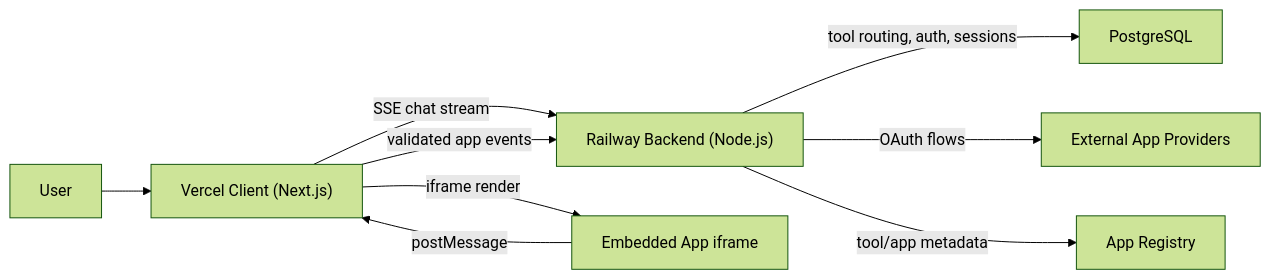
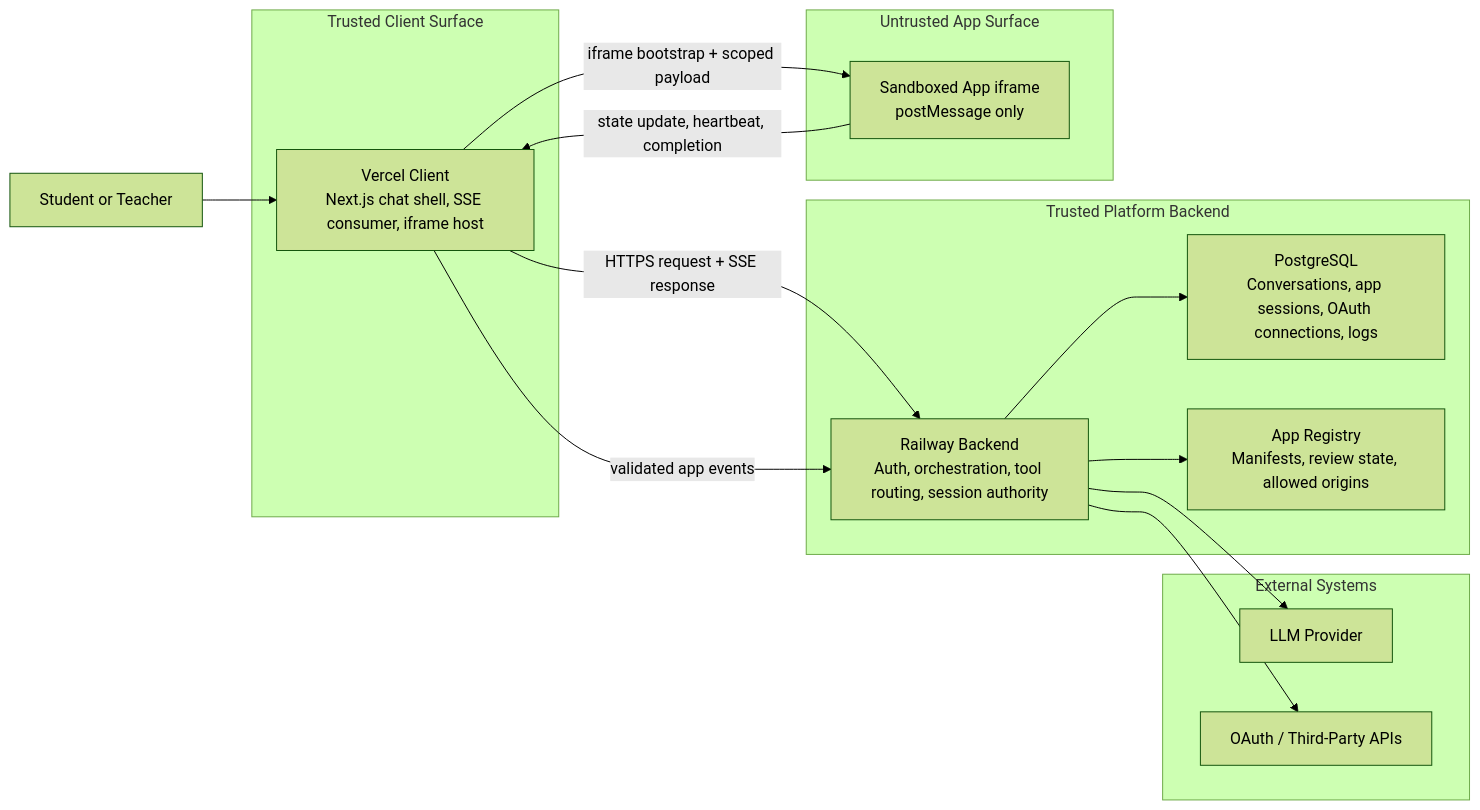
The first of 3 diagrams in docs/architecture.md (StefanoCaruso456/chatbox-audit), drawn with Mermaid (forest theme) before and after one commit. The commit also changed other lines of this file and 1 other file, not shown here.

Commit message:
docs: add system architecture diagram to pre-search

````diff
--- a/docs/architecture.md
+++ b/docs/architecture.md
@@ -148,11 +148,33 @@
 ```mermaid
 flowchart LR
-  U["User"] --> VC["Vercel Client (Next.js)"]
-  VC -->|SSE chat stream| RB["Railway Backend (Node.js)"]
-  VC -->|iframe render| APP["Embedded App iframe"]
-  APP -->|postMessage| VC
-  VC -->|validated app events| RB
-  RB -->|tool routing, auth, sessions| DB["PostgreSQL"]
-  RB -->|OAuth flows| EXT["External App Providers"]
-  RB -->|tool/app metadata| REG["App Registry"]
+  U["Student or Teacher"]
+
+  subgraph CLIENT["Trusted Client Surface"]
+    VC["Vercel Client<br/>Next.js chat shell, SSE consumer, iframe host"]
+  end
+
+  subgraph PLATFORM["Trusted Platform Backend"]
+    RB["Railway Backend<br/>Auth, orchestration, tool routing, session authority"]
+    DB["PostgreSQL<br/>Conversations, app sessions, OAuth connections, logs"]
+    REG["App Registry<br/>Manifests, review state, allowed origins"]
+  end
+
+  subgraph APPS["Untrusted App Surface"]
+    APP["Sandboxed App iframe<br/>postMessage only"]
+  end
+
+  subgraph EXT["External Systems"]
+    LLM["LLM Provider"]
+    EXTAPI["OAuth / Third-Party APIs"]
+  end
+
+  U --> VC
+  VC -->|"HTTPS request + SSE response"| RB
+  VC -->|"iframe bootstrap + scoped payload"| APP
+  APP -->|"state update, heartbeat, completion"| VC
+  VC -->|"validated app events"| RB
+  RB --> DB
+  RB --> REG
+  RB --> LLM
+  RB --> EXTAPI
 ```
````
